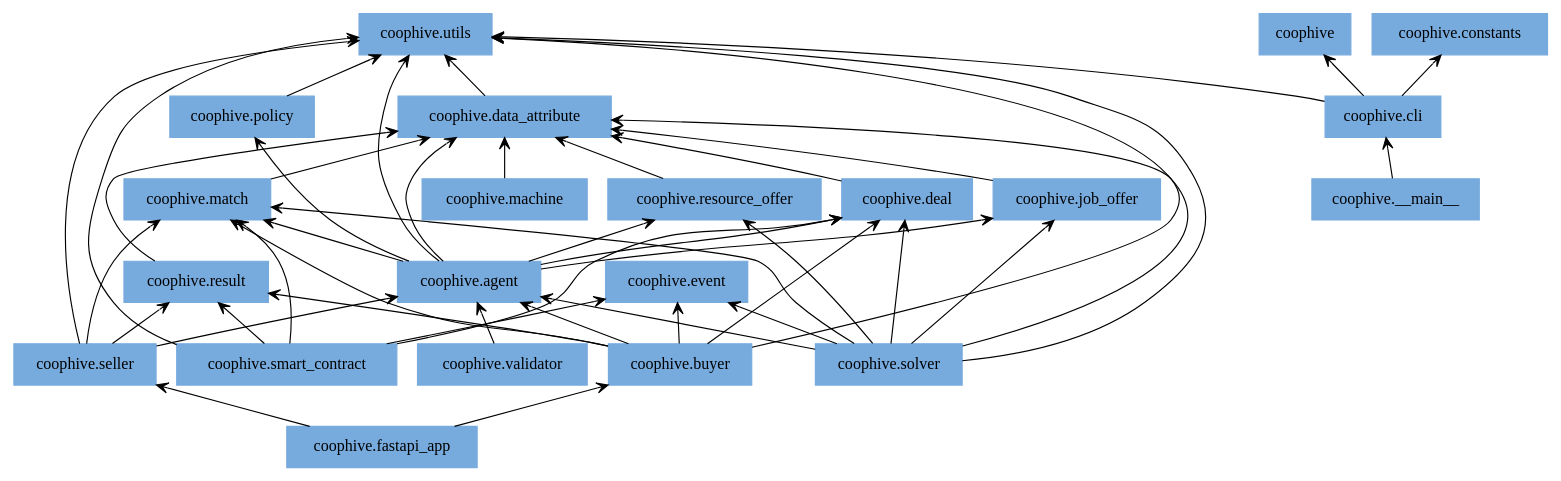
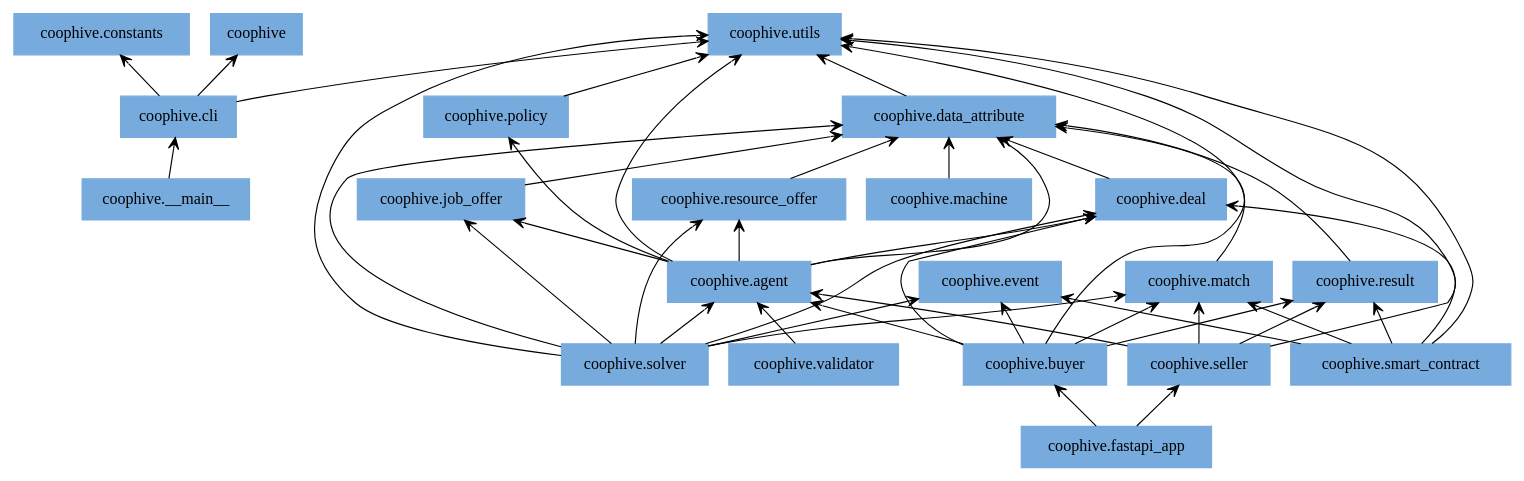
One commit to CoopHive/Apiary changed the diagram in docs/img/packages_coophive.dot. Above: the diagram before and after it, drawn with Graphviz. The commit also changed 2 other files, not shown here.

```diff
--- a/docs/img/packages_coophive.dot
+++ b/docs/img/packages_coophive.dot
@@ -1,70 +1,69 @@
 digraph "packages_coophive" {
 rankdir=BT
 charset="utf-8"
 "coophive" [color="#77AADD", label=<coophive>, shape="box", style="filled"];
 "coophive.__main__" [color="#77AADD", label=<coophive.__main__>, shape="box", style="filled"];
 "coophive.agent" [color="#77AADD", label=<coophive.agent>, shape="box", style="filled"];
 "coophive.buyer" [color="#77AADD", label=<coophive.buyer>, shape="box", style="filled"];
 "coophive.cli" [color="#77AADD", label=<coophive.cli>, shape="box", style="filled"];
 "coophive.constants" [color="#77AADD", label=<coophive.constants>, shape="box", style="filled"];
 "coophive.data_attribute" [color="#77AADD", label=<coophive.data_attribute>, shape="box", style="filled"];
 "coophive.deal" [color="#77AADD", label=<coophive.deal>, shape="box", style="filled"];
 "coophive.event" [color="#77AADD", label=<coophive.event>, shape="box", style="filled"];
 "coophive.fastapi_app" [color="#77AADD", label=<coophive.fastapi_app>, shape="box", style="filled"];
 "coophive.job_offer" [color="#77AADD", label=<coophive.job_offer>, shape="box", style="filled"];
 "coophive.machine" [color="#77AADD", label=<coophive.machine>, shape="box", style="filled"];
 "coophive.match" [color="#77AADD", label=<coophive.match>, shape="box", style="filled"];
 "coophive.policy" [color="#77AADD", label=<coophive.policy>, shape="box", style="filled"];
 "coophive.resource_offer" [color="#77AADD", label=<coophive.resource_offer>, shape="box", style="filled"];
 "coophive.result" [color="#77AADD", label=<coophive.result>, shape="box", style="filled"];
 "coophive.seller" [color="#77AADD", label=<coophive.seller>, shape="box", style="filled"];
 "coophive.smart_contract" [color="#77AADD", label=<coophive.smart_contract>, shape="box", style="filled"];
 "coophive.solver" [color="#77AADD", label=<coophive.solver>, shape="box", style="filled"];
 "coophive.utils" [color="#77AADD", label=<coophive.utils>, shape="box", style="filled"];
 "coophive.validator" [color="#77AADD", label=<coophive.validator>, shape="box", style="filled"];
 "coophive.__main__" -> "coophive.cli" [arrowhead="open", arrowtail="none"];
 "coophive.agent" -> "coophive.data_attribute" [arrowhead="open", arrowtail="none"];
 "coophive.agent" -> "coophive.deal" [arrowhead="open", arrowtail="none"];
 "coophive.agent" -> "coophive.job_offer" [arrowhead="open", arrowtail="none"];
-"coophive.agent" -> "coophive.match" [arrowhead="open", arrowtail="none"];
 "coophive.agent" -> "coophive.policy" [arrowhead="open", arrowtail="none"];
 "coophive.agent" -> "coophive.resource_offer" [arrowhead="open", arrowtail="none"];
 "coophive.agent" -> "coophive.utils" [arrowhead="open", arrowtail="none"];
 "coophive.buyer" -> "coophive.agent" [arrowhead="open", arrowtail="none"];
 "coophive.buyer" -> "coophive.deal" [arrowhead="open", arrowtail="none"];
 "coophive.buyer" -> "coophive.event" [arrowhead="open", arrowtail="none"];
 "coophive.buyer" -> "coophive.match" [arrowhead="open", arrowtail="none"];
 "coophive.buyer" -> "coophive.result" [arrowhead="open", arrowtail="none"];
 "coophive.buyer" -> "coophive.utils" [arrowhead="open", arrowtail="none"];
 "coophive.cli" -> "coophive" [arrowhead="open", arrowtail="none"];
 "coophive.cli" -> "coophive.constants" [arrowhead="open", arrowtail="none"];
 "coophive.cli" -> "coophive.utils" [arrowhead="open", arrowtail="none"];
 "coophive.data_attribute" -> "coophive.utils" [arrowhead="open", arrowtail="none"];
 "coophive.deal" -> "coophive.data_attribute" [arrowhead="open", arrowtail="none"];
 "coophive.fastapi_app" -> "coophive.buyer" [arrowhead="open", arrowtail="none"];
 "coophive.fastapi_app" -> "coophive.seller" [arrowhead="open", arrowtail="none"];
 "coophive.job_offer" -> "coophive.data_attribute" [arrowhead="open", arrowtail="none"];
 "coophive.machine" -> "coophive.data_attribute" [arrowhead="open", arrowtail="none"];
 "coophive.match" -> "coophive.data_attribute" [arrowhead="open", arrowtail="none"];
 "coophive.policy" -> "coophive.utils" [arrowhead="open", arrowtail="none"];
 "coophive.resource_offer" -> "coophive.data_attribute" [arrowhead="open", arrowtail="none"];
 "coophive.result" -> "coophive.data_attribute" [arrowhead="open", arrowtail="none"];
 "coophive.seller" -> "coophive.agent" [arrowhead="open", arrowtail="none"];
 "coophive.seller" -> "coophive.match" [arrowhead="open", arrowtail="none"];
 "coophive.seller" -> "coophive.result" [arrowhead="open", arrowtail="none"];
 "coophive.seller" -> "coophive.utils" [arrowhead="open", arrowtail="none"];
 "coophive.smart_contract" -> "coophive.deal" [arrowhead="open", arrowtail="none"];
 "coophive.smart_contract" -> "coophive.event" [arrowhead="open", arrowtail="none"];
 "coophive.smart_contract" -> "coophive.match" [arrowhead="open", arrowtail="none"];
 "coophive.smart_contract" -> "coophive.result" [arrowhead="open", arrowtail="none"];
 "coophive.smart_contract" -> "coophive.utils" [arrowhead="open", arrowtail="none"];
 "coophive.solver" -> "coophive.agent" [arrowhead="open", arrowtail="none"];
 "coophive.solver" -> "coophive.data_attribute" [arrowhead="open", arrowtail="none"];
 "coophive.solver" -> "coophive.deal" [arrowhead="open", arrowtail="none"];
 "coophive.solver" -> "coophive.event" [arrowhead="open", arrowtail="none"];
 "coophive.solver" -> "coophive.job_offer" [arrowhead="open", arrowtail="none"];
 "coophive.solver" -> "coophive.match" [arrowhead="open", arrowtail="none"];
 "coophive.solver" -> "coophive.resource_offer" [arrowhead="open", arrowtail="none"];
 "coophive.solver" -> "coophive.utils" [arrowhead="open", arrowtail="none"];
 "coophive.validator" -> "coophive.agent" [arrowhead="open", arrowtail="none"];
 }
```
